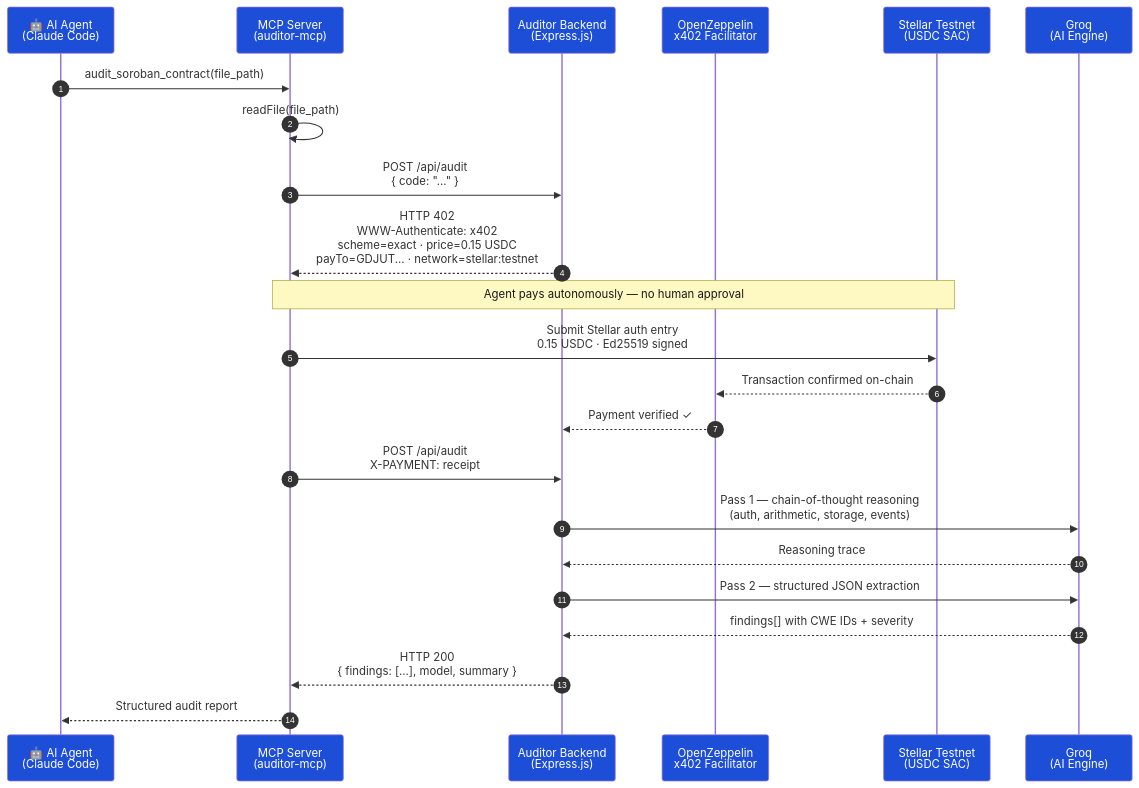
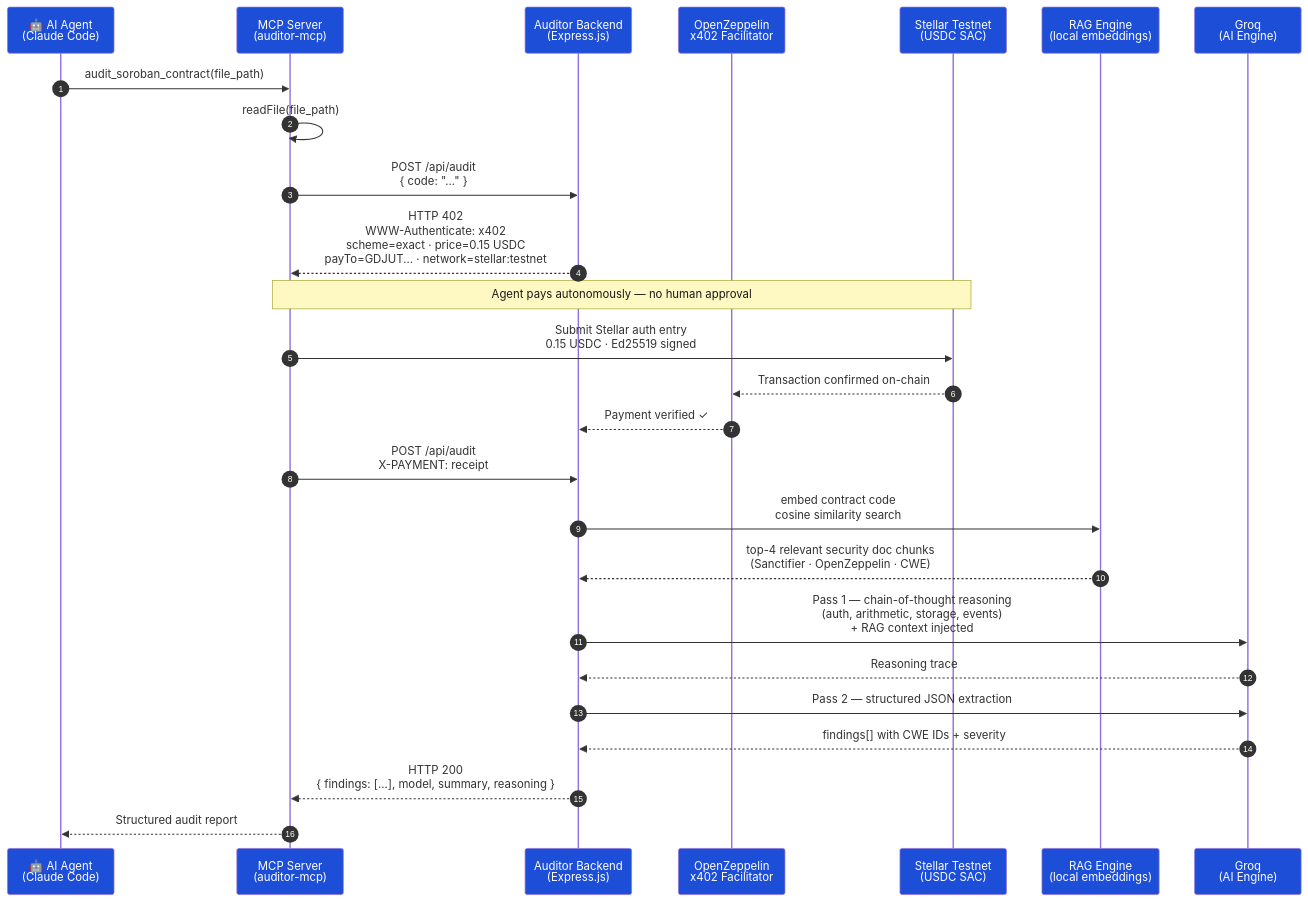
One commit to xaviersharwin10/soroban_node_0 changed the diagram in docs/sequence_x402.mmd. Above: the diagram before and after it, drawn with Mermaid. The commit also changed 6 other files, not shown here.

First line of the commit message:
docs: add RAG pipeline to architecture, sequence diagrams, and README

```diff
--- a/docs/sequence_x402.mmd
+++ b/docs/sequence_x402.mmd
@@ -1,32 +1,36 @@
 %%{init: {'theme': 'default', 'themeVariables': {'fontSize': '20px', 'fontFamily': 'trebuchet ms, verdana, arial', 'actorBkg': '#1d4ed8', 'actorTextColor': '#ffffff', 'actorBorderColor': '#1e40af', 'activationBkgColor': '#dbeafe', 'noteBkgColor': '#fef9c3', 'noteTextColor': '#1a1a1a', 'labelBoxBkgColor': '#f0f4ff', 'sequenceNumberColor': '#ffffff'}}}%%
 sequenceDiagram
     autonumber
     participant A as 🤖 AI Agent<br/>(Claude Code)
     participant M as MCP Server<br/>(auditor-mcp)
     participant B as Auditor Backend<br/>(Express.js)
     participant F as OpenZeppelin<br/>x402 Facilitator
     participant S as Stellar Testnet<br/>(USDC SAC)
+    participant R as RAG Engine<br/>(local embeddings)
     participant G as Groq<br/>(AI Engine)
 
     A->>M: audit_soroban_contract(file_path)
     M->>M: readFile(file_path)
 
     M->>B: POST /api/audit<br/>{ code: "..." }
     B-->>M: HTTP 402<br/>WWW-Authenticate: x402<br/>scheme=exact · price=0.15 USDC<br/>payTo=GDJUT... · network=stellar:testnet
 
     Note over M,S: Agent pays autonomously — no human approval
 
     M->>S: Submit Stellar auth entry<br/>0.15 USDC · Ed25519 signed
     S-->>F: Transaction confirmed on-chain
     F-->>B: Payment verified ✓
 
     M->>B: POST /api/audit<br/>X-PAYMENT: receipt
 
-    B->>G: Pass 1 — chain-of-thought reasoning<br/>(auth, arithmetic, storage, events)
+    B->>R: embed contract code<br/>cosine similarity search
+    R-->>B: top-4 relevant security doc chunks<br/>(Sanctifier · OpenZeppelin · CWE)
+
+    B->>G: Pass 1 — chain-of-thought reasoning<br/>(auth, arithmetic, storage, events)<br/>+ RAG context injected
     G-->>B: Reasoning trace
 
     B->>G: Pass 2 — structured JSON extraction
     G-->>B: findings[] with CWE IDs + severity
 
-    B-->>M: HTTP 200<br/>{ findings: [...], model, summary }
+    B-->>M: HTTP 200<br/>{ findings: [...], model, summary, reasoning }
     M-->>A: Structured audit report
```
